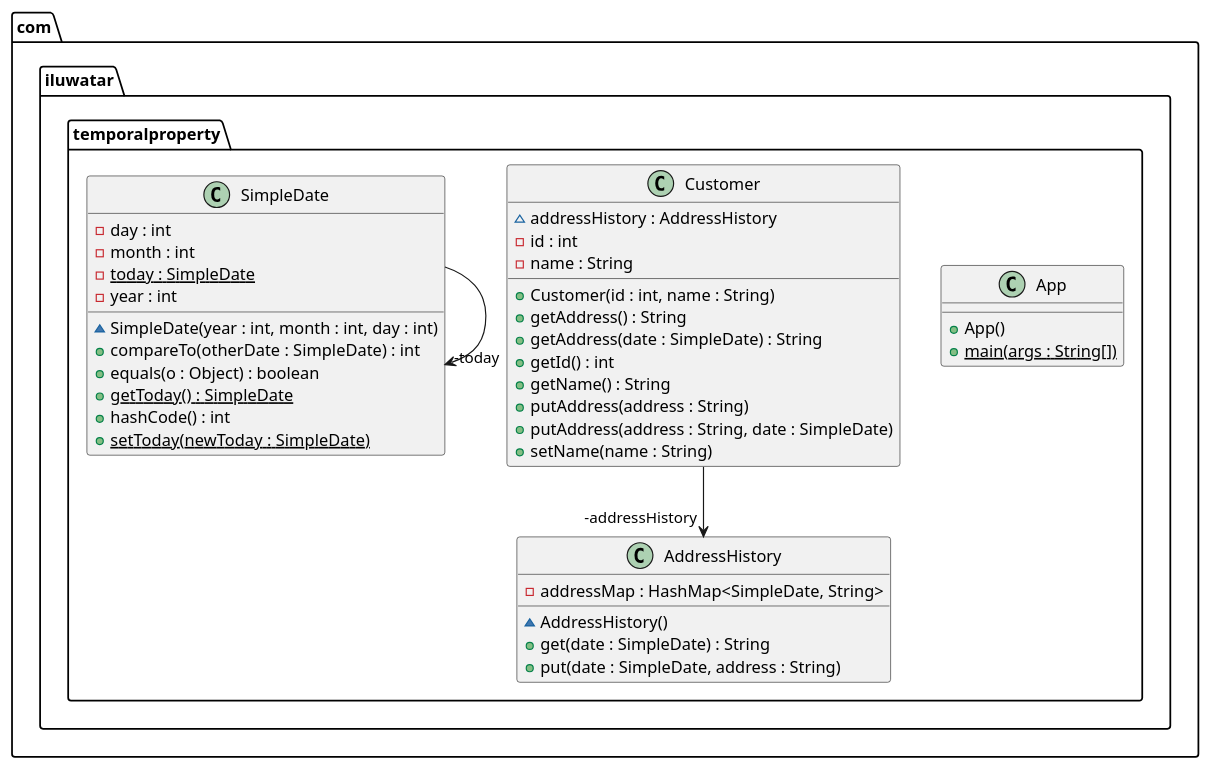
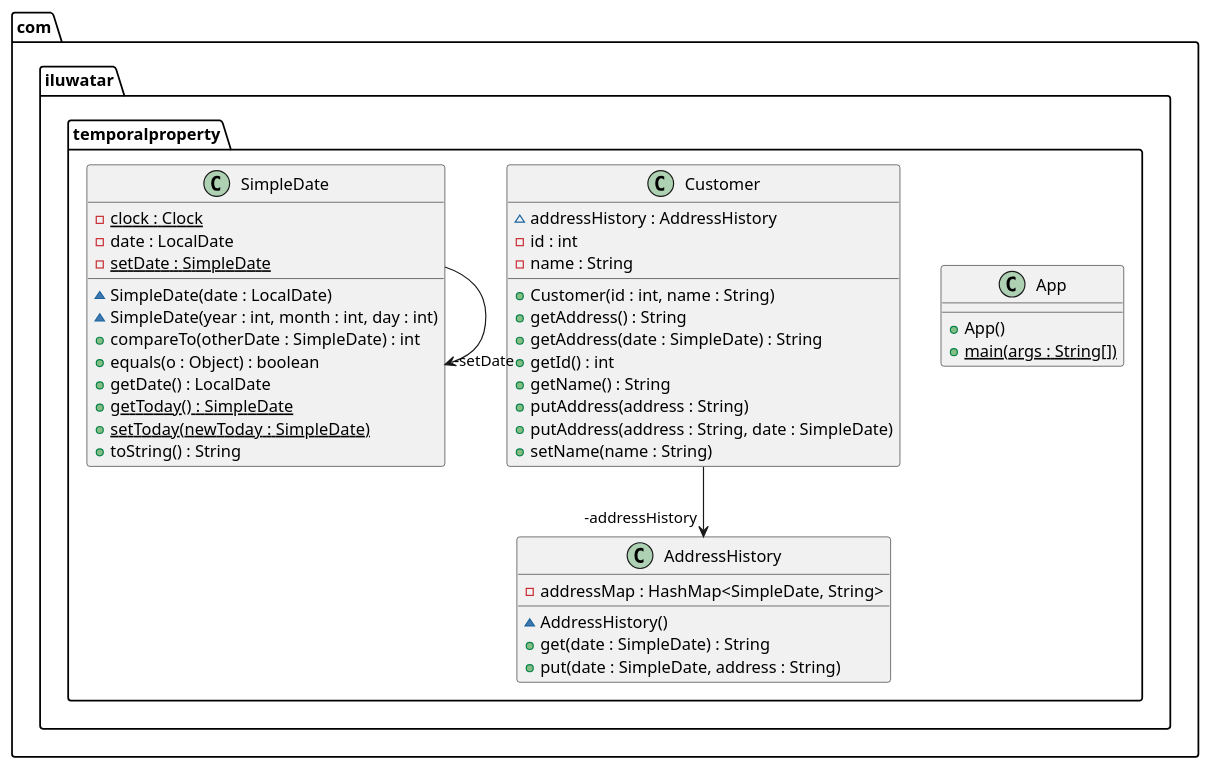
Before and after one commit to iluwatar/java-design-patterns: the diagram in temporal-property/etc/temporal-property.urm.puml, drawn with PlantUML. The commit also changed 6 other files, not shown here.

```diff
--- a/temporal-property/etc/temporal-property.urm.puml
+++ b/temporal-property/etc/temporal-property.urm.puml
@@ -1,41 +1,42 @@
 @startuml
 package com.iluwatar.temporalproperty {
   class AddressHistory {
     - addressMap : HashMap<SimpleDate, String>
     ~ AddressHistory()
     + get(date : SimpleDate) : String
     + put(date : SimpleDate, address : String)
   }
   class App {
     + App()
     + main(args : String[]) {static}
   }
   class Customer {
     ~ addressHistory : AddressHistory
     - id : int
     - name : String
     + Customer(id : int, name : String)
     + getAddress() : String
     + getAddress(date : SimpleDate) : String
     + getId() : int
     + getName() : String
     + putAddress(address : String)
     + putAddress(address : String, date : SimpleDate)
     + setName(name : String)
   }
   class SimpleDate {
-    - day : int
-    - month : int
-    - today : SimpleDate {static}
-    - year : int
+    - clock : Clock {static}
+    - date : LocalDate
+    - setDate : SimpleDate {static}
+    ~ SimpleDate(date : LocalDate)
     ~ SimpleDate(year : int, month : int, day : int)
     + compareTo(otherDate : SimpleDate) : int
     + equals(o : Object) : boolean
+    + getDate() : LocalDate
     + getToday() : SimpleDate {static}
-    + hashCode() : int
     + setToday(newToday : SimpleDate) {static}
+    + toString() : String
   }
 }
 Customer -->  "-addressHistory" AddressHistory
-SimpleDate -->  "-today" SimpleDate
+SimpleDate -->  "-setDate" SimpleDate
 @enduml
```
